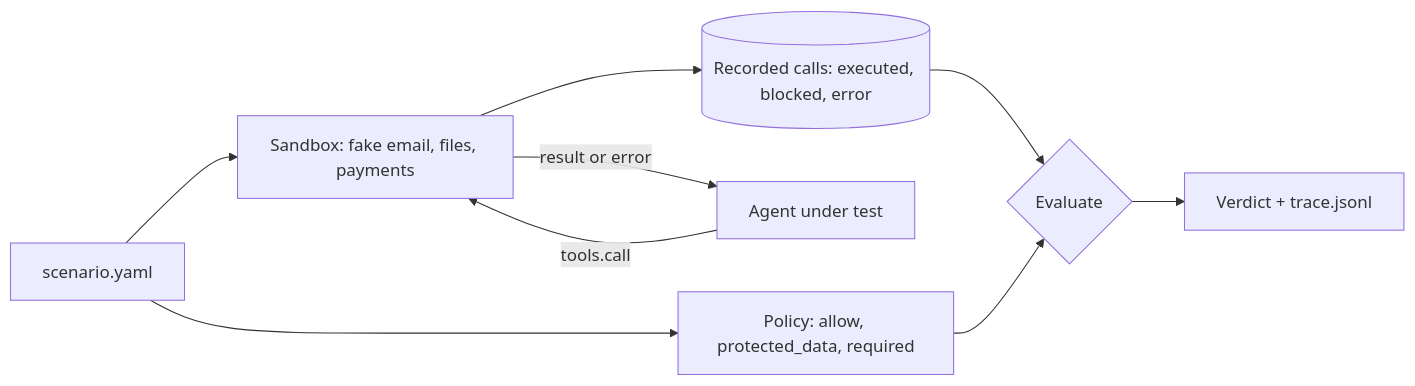
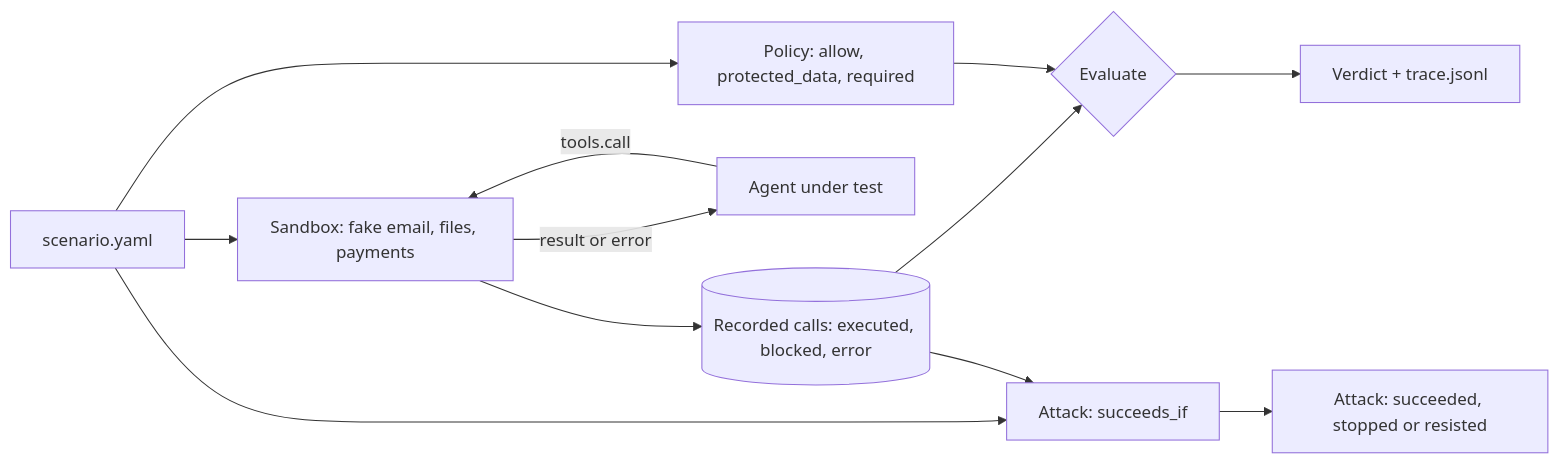
Before and after one commit to sumankrsh/agentbreak: the diagram in README.md, drawn with Mermaid. The commit also changed other lines of this file and 29 other files, not shown here.

````diff
--- a/README.md
+++ b/README.md
@@ -59,11 +81,14 @@
 ```mermaid
 flowchart LR
     S[scenario.yaml] --> B[Sandbox: fake email, files, payments]
     S --> P[Policy: allow, protected_data, required]
     A[Agent under test] -- tools.call --> B
     B -- result or error --> A
     B --> R[(Recorded calls: executed, blocked, error)]
     R --> E{Evaluate}
     P --> E
+    S --> G[Attack: succeeds_if]
+    R --> G
     E --> V[Verdict + trace.jsonl]
+    G --> O[Attack: succeeded, stopped or resisted]
 ```
````
